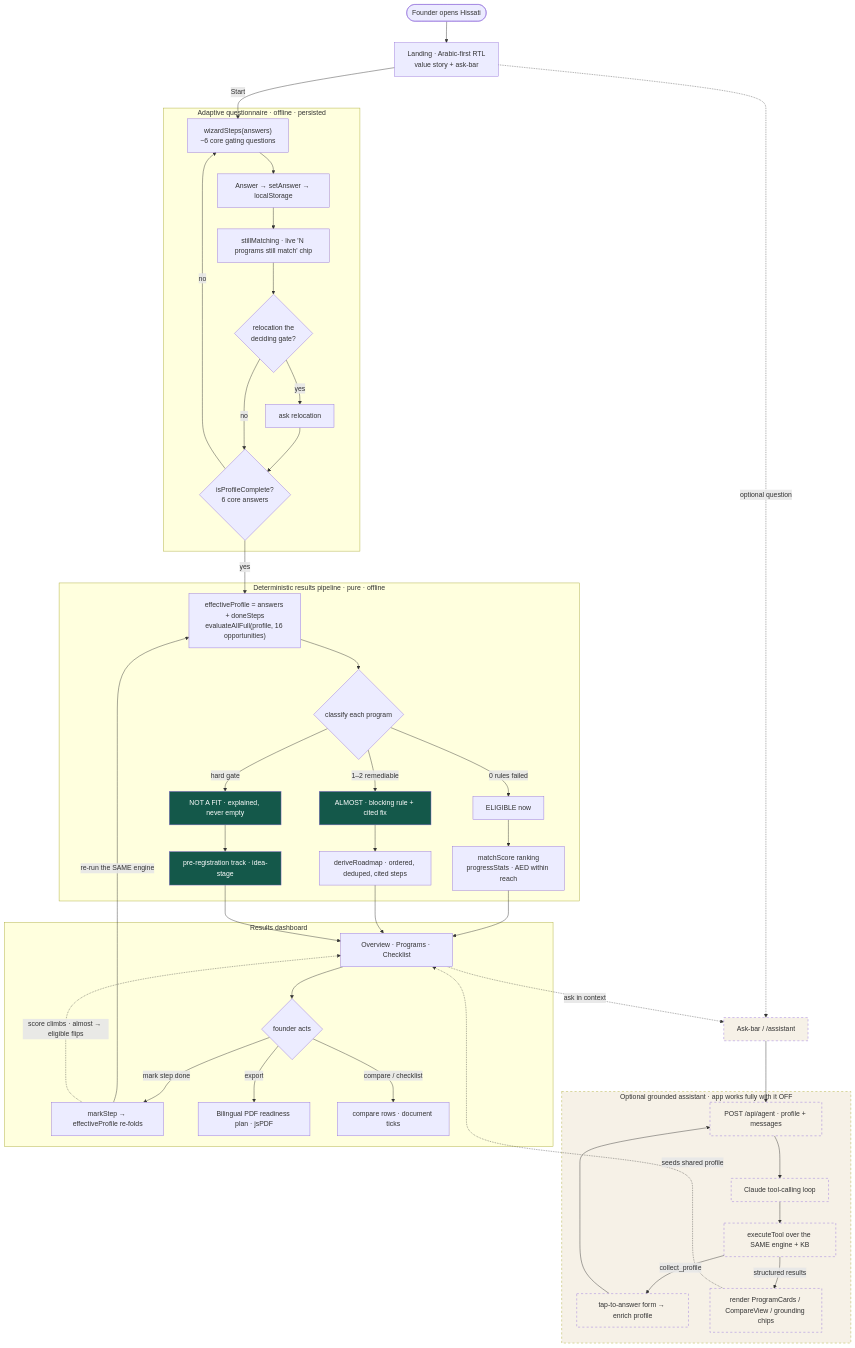
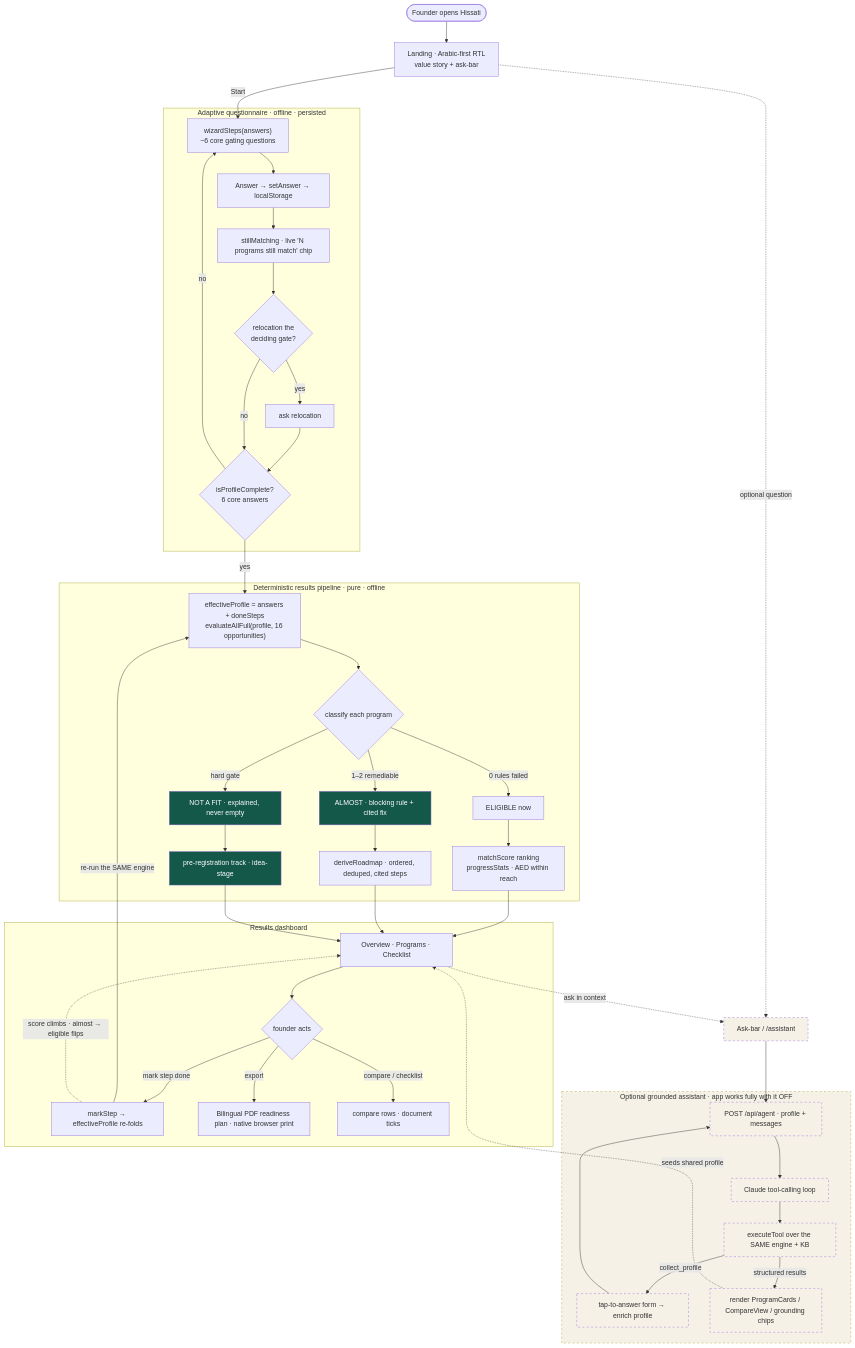
Before and after one commit to theParitet/hissati: the third of 3 diagrams in docs/DIAGRAMS.md, drawn with Mermaid. The commit also changed other lines of this file and 28 other files, not shown here.

````diff
--- a/docs/DIAGRAMS.md
+++ b/docs/DIAGRAMS.md
@@ -250,59 +250,59 @@
 ```mermaid
 flowchart TD
   START([Founder opens Hissati]) --> LAND["Landing · Arabic-first RTL<br/>value story + ask-bar"]
   LAND -->|Start| WIZ
   LAND -. optional question .-> ASK
 
   subgraph WIZARD["Adaptive questionnaire · offline · persisted"]
     WIZ["wizardSteps(answers)<br/>~6 core gating questions"] --> ANS["Answer → setAnswer → localStorage"]
     ANS --> LIVE["stillMatching · live 'N programs still match' chip"]
     LIVE --> RELOC{"relocation the<br/>deciding gate?"}
     RELOC -->|yes| ASKR["ask relocation"]
     ASKR --> COMPLETE
     RELOC -->|no| COMPLETE{"isProfileComplete?<br/>6 core answers"}
     COMPLETE -->|no| WIZ
   end
 
   COMPLETE -->|yes| EVAL
 
   subgraph ENGINE["Deterministic results pipeline · pure · offline"]
     EVAL["effectiveProfile = answers + doneSteps<br/>evaluateAllFull(profile, 16 opportunities)"] --> BUCKETS{"classify each program"}
     BUCKETS -->|0 rules failed| ELIG["ELIGIBLE now"]
     BUCKETS -->|1–2 remediable| ALMOST["ALMOST · blocking rule + cited fix"]
     BUCKETS -->|hard gate| NOTFIT["NOT A FIT · explained, never empty"]
     ELIG --> RANK["matchScore ranking<br/>progressStats · AED within reach"]
     ALMOST --> ROADMAP["deriveRoadmap · ordered, deduped, cited steps"]
     NOTFIT --> PREREG["pre-registration track · idea-stage"]
   end
 
   RANK --> DASH
   ROADMAP --> DASH
   PREREG --> DASH
 
   subgraph RESULTS["Results dashboard"]
     DASH["Overview · Programs · Checklist"] --> ACTIONS{"founder acts"}
     ACTIONS -->|mark step done| MARK["markStep → effectiveProfile re-folds"]
-    ACTIONS -->|export| PDFOUT["Bilingual PDF readiness plan · jsPDF"]
+    ACTIONS -->|export| PDFOUT["Bilingual PDF readiness plan · native browser print"]
     ACTIONS -->|compare / checklist| DETAIL["compare rows · document ticks"]
   end
 
   MARK -->|re-run the SAME engine| EVAL
   MARK -. "score climbs · almost → eligible flips" .-> DASH
 
   ASK["Ask-bar / /assistant"] --> AGENT
   DASH -. ask in context .-> ASK
 
   subgraph ASSIST["Optional grounded assistant · app works fully with it OFF"]
     AGENT["POST /api/agent · profile + messages"] --> LOOP["Claude tool-calling loop"]
     LOOP --> TOOLEX["executeTool over the SAME engine + KB"]
     TOOLEX -->|collect_profile| FORM["tap-to-answer form → enrich profile"]
     FORM --> AGENT
     TOOLEX -->|structured results| RENDER["render ProgramCards / CompareView / grounding chips"]
   end
   RENDER -. seeds shared profile .-> DASH
 
   classDef opt stroke-dasharray:5 5,fill:#f6f1e7;
   class ASSIST,ASK,AGENT,LOOP,TOOLEX,FORM,RENDER opt;
   classDef guard fill:#14584a,color:#ffffff;
   class ALMOST,NOTFIT,PREREG guard;
 ```
````
